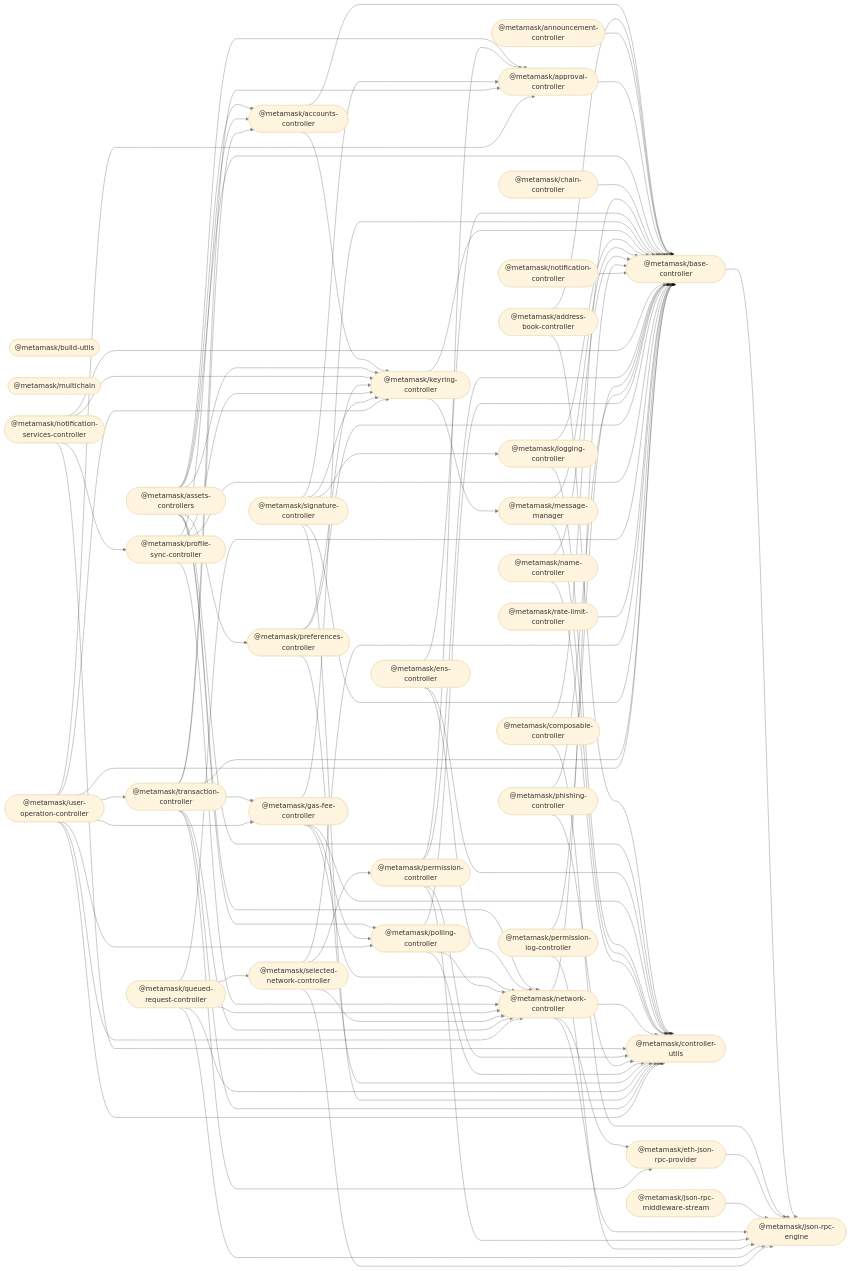
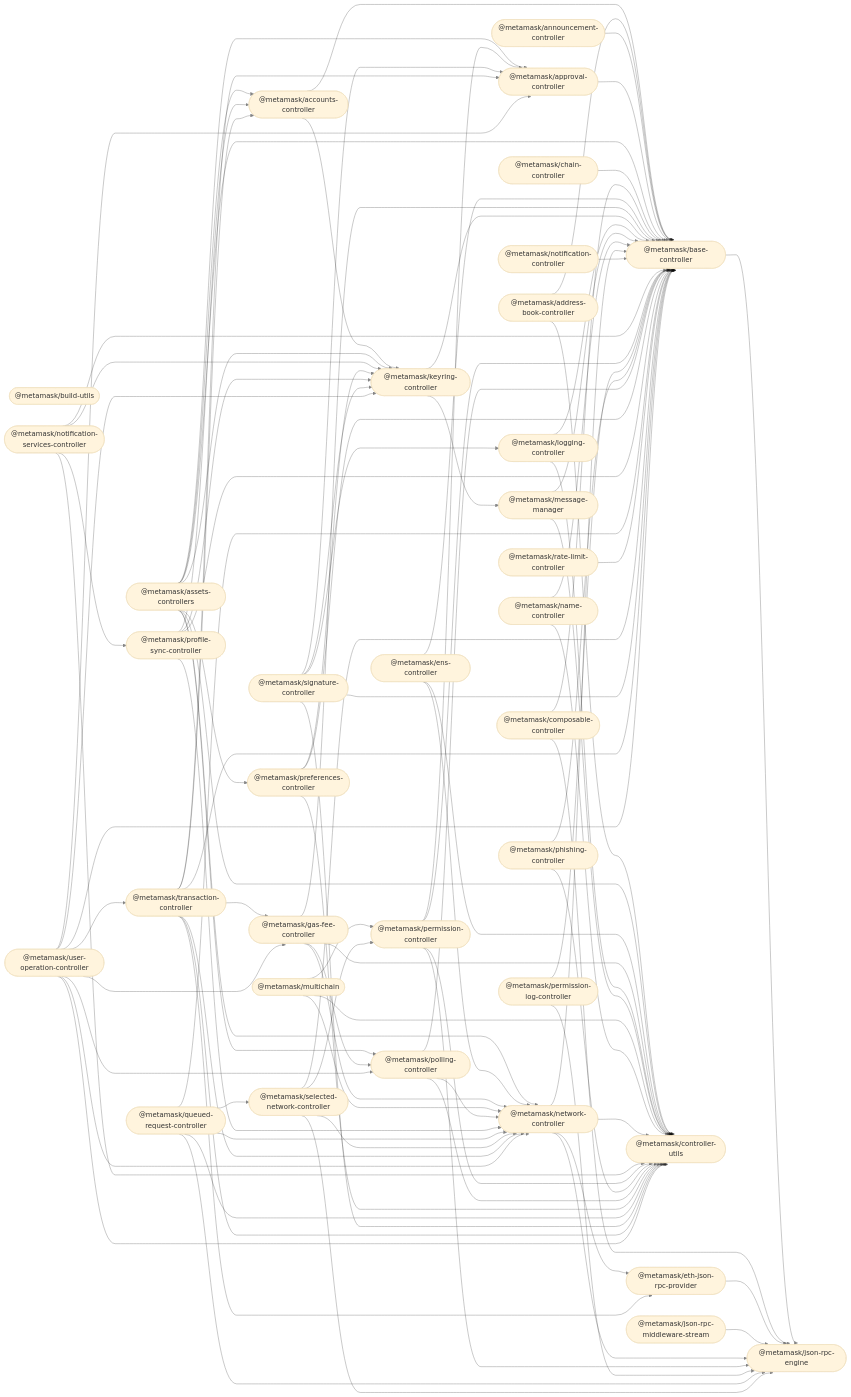
One commit to MetaMask/core changed the diagram in README.md. Above: the diagram before and after it, drawn with Mermaid (base theme). The commit also changed 28 other files, not shown here.

First line of the commit message:
feat: Add CAIP-25 permission and adapters to `@metamask/multichain` (#4784)

```diff
--- a/README.md
+++ b/README.md
@@ -122,6 +122,9 @@
   logging_controller --> controller_utils;
   message_manager --> base_controller;
   message_manager --> controller_utils;
+  multichain --> controller_utils;
+  multichain --> network_controller;
+  multichain --> permission_controller;
   name_controller --> base_controller;
   name_controller --> controller_utils;
   network_controller --> base_controller;
```
